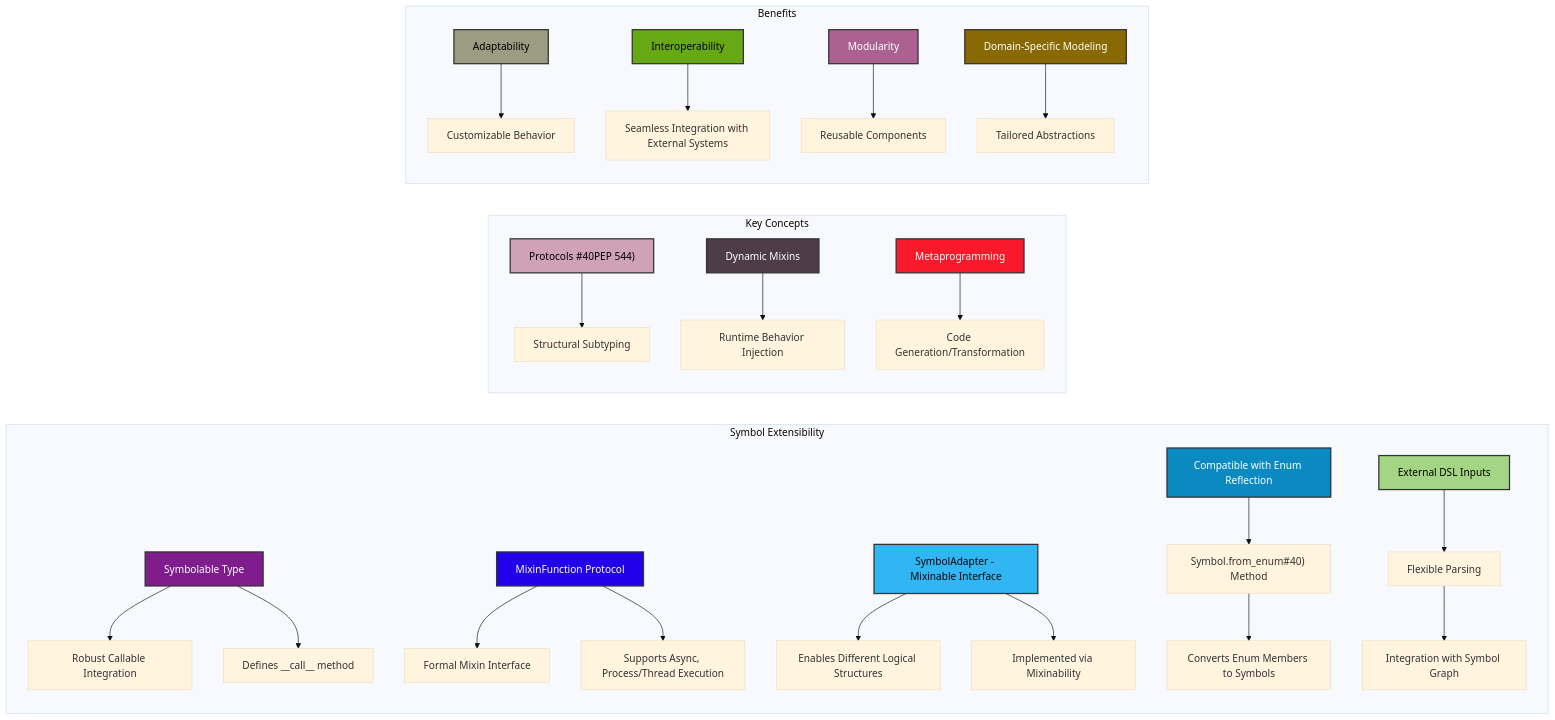
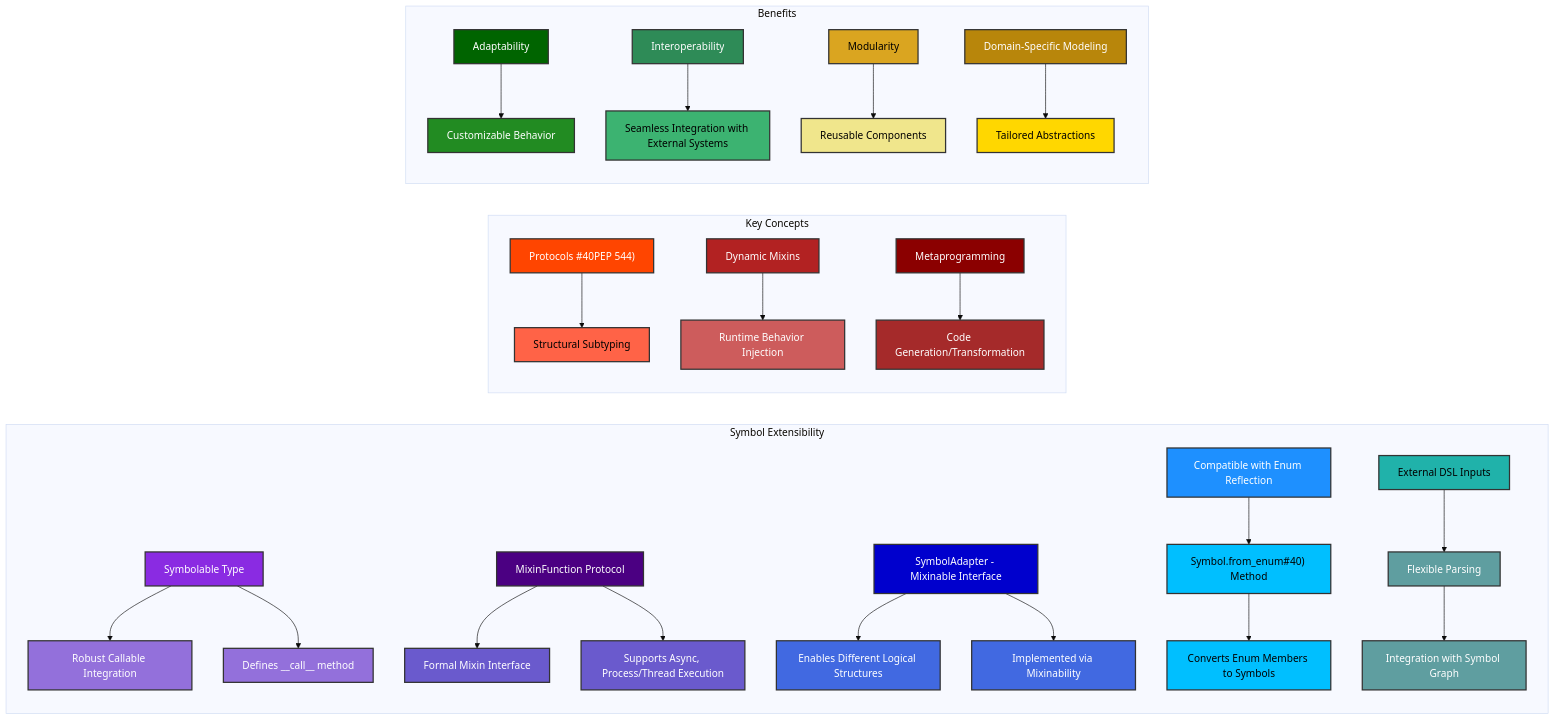
Before and after one commit to ikko/sym: the diagram in docs/readme_details/11_extensibility/extensibility_overview.mmd, drawn with Mermaid (base theme). The commit also changed 13 other files, not shown here.

```diff
--- a/docs/readme_details/11_extensibility/extensibility_overview.mmd
+++ b/docs/readme_details/11_extensibility/extensibility_overview.mmd
@@ -1,44 +1,74 @@
 graph LR
     subgraph "Symbol Extensibility"
         A[Symbolable Type] --> B[Robust Callable Integration];
         A --> C[Defines __call__ method];
 
         D[MixinFunction Protocol] --> E[Formal Mixin Interface];
         D --> F[Supports Async, Process/Thread Execution];
 
         G[SymbolAdapter - Mixinable Interface] --> H[Enables Different Logical Structures];
         G --> I[Implemented via Mixinability];
 
         J[Compatible with Enum Reflection] --> K[Symbol.from_enum#40#41; Method];
         K --> L[Converts Enum Members to Symbols];
 
         M[External DSL Inputs] --> N[Flexible Parsing];
         N --> O[Integration with Symbol Graph];
     end
 
     subgraph "Key Concepts"
         P[Protocols #40PEP 544#41;] --> Q[Structural Subtyping];
         R[Dynamic Mixins] --> S[Runtime Behavior Injection];
         T[Metaprogramming] --> U[Code Generation/Transformation];
     end
 
     subgraph "Benefits"
         V[Adaptability] --> W[Customizable Behavior];
         X[Interoperability] --> Y[Seamless Integration with External Systems];
         Z[Modularity] --> AA[Reusable Components];
         AB[Domain-Specific Modeling] --> AC[Tailored Abstractions];
     end
-    style AB fill:#886904,stroke:#333,stroke-width:2px,color:#FFFFFF;
 
-    style A fill:#7e1d8b,stroke:#333,stroke-width:2px,color:#FFFFFF;
-    style D fill:#2300e9,stroke:#333,stroke-width:2px,color:#FFFFFF;
-    style G fill:#30b7f3,stroke:#333,stroke-width:2px,color:#000000;
-    style J fill:#0a8ac0,stroke:#333,stroke-width:2px,color:#FFFFFF;
-    style M fill:#a4d585,stroke:#333,stroke-width:2px,color:#000000;
-    style P fill:#cfa2b8,stroke:#333,stroke-width:2px,color:#000000;
-    style R fill:#4e3d49,stroke:#333,stroke-width:2px,color:#FFFFFF;
-    style T fill:#f8192a,stroke:#333,stroke-width:2px,color:#FFFFFF;
-    style V fill:#9b9c82,stroke:#333,stroke-width:2px,color:#000000;
-    style X fill:#67a915,stroke:#333,stroke-width:2px,color:#000000;
-    style Z fill:#ab6293,stroke:#333,stroke-width:2px,color:#FFFFFF;
-    style AB fill:#886904,stroke:#333,stroke-width:2px,color:#FFFFFF;
+    %% Symbol Extensibility - Purple/Blue spectrum
+    style A fill:#8A2BE2,stroke:#333,stroke-width:2px,color:#FFFFFF;
+    style B fill:#9370DB,stroke:#333,stroke-width:2px,color:#FFFFFF;
+    style C fill:#9370DB,stroke:#333,stroke-width:2px,color:#FFFFFF;
+
+    style D fill:#4B0082,stroke:#333,stroke-width:2px,color:#FFFFFF;
+    style E fill:#6A5ACD,stroke:#333,stroke-width:2px,color:#FFFFFF;
+    style F fill:#6A5ACD,stroke:#333,stroke-width:2px,color:#FFFFFF;
+
+    style G fill:#0000CD,stroke:#333,stroke-width:2px,color:#FFFFFF;
+    style H fill:#4169E1,stroke:#333,stroke-width:2px,color:#FFFFFF;
+    style I fill:#4169E1,stroke:#333,stroke-width:2px,color:#FFFFFF;
+
+    style J fill:#1E90FF,stroke:#333,stroke-width:2px,color:#FFFFFF;
+    style K fill:#00BFFF,stroke:#333,stroke-width:2px,color:#000000;
+    style L fill:#00BFFF,stroke:#333,stroke-width:2px,color:#000000;
+
+    style M fill:#20B2AA,stroke:#333,stroke-width:2px,color:#000000;
+    style N fill:#5F9EA0,stroke:#333,stroke-width:2px,color:#FFFFFF;
+    style O fill:#5F9EA0,stroke:#333,stroke-width:2px,color:#FFFFFF;
+
+    %% Key Concepts - Red/Orange spectrum
+    style P fill:#FF4500,stroke:#333,stroke-width:2px,color:#FFFFFF;
+    style Q fill:#FF6347,stroke:#333,stroke-width:2px,color:#000000;
+
+    style R fill:#B22222,stroke:#333,stroke-width:2px,color:#FFFFFF;
+    style S fill:#CD5C5C,stroke:#333,stroke-width:2px,color:#FFFFFF;
+
+    style T fill:#8B0000,stroke:#333,stroke-width:2px,color:#FFFFFF;
+    style U fill:#A52A2A,stroke:#333,stroke-width:2px,color:#FFFFFF;
+
+    %% Benefits - Green/Gold spectrum
+    style V fill:#006400,stroke:#333,stroke-width:2px,color:#FFFFFF;
+    style W fill:#228B22,stroke:#333,stroke-width:2px,color:#FFFFFF;
+
+    style X fill:#2E8B57,stroke:#333,stroke-width:2px,color:#FFFFFF;
+    style Y fill:#3CB371,stroke:#333,stroke-width:2px,color:#000000;
+
+    style Z fill:#DAA520,stroke:#333,stroke-width:2px,color:#000000;
+    style AA fill:#F0E68C,stroke:#333,stroke-width:2px,color:#000000;
+
+    style AB fill:#B8860B,stroke:#333,stroke-width:2px,color:#FFFFFF;
+    style AC fill:#FFD700,stroke:#333,stroke-width:2px,color:#000000;
```
